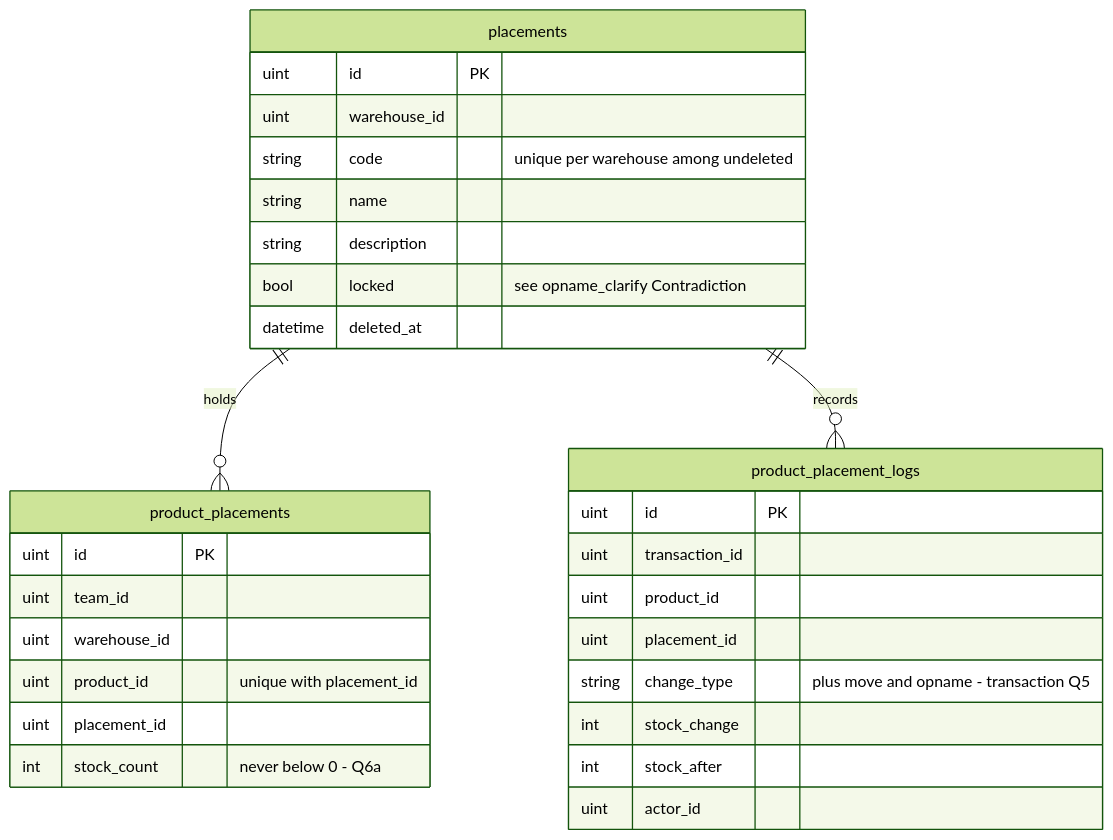
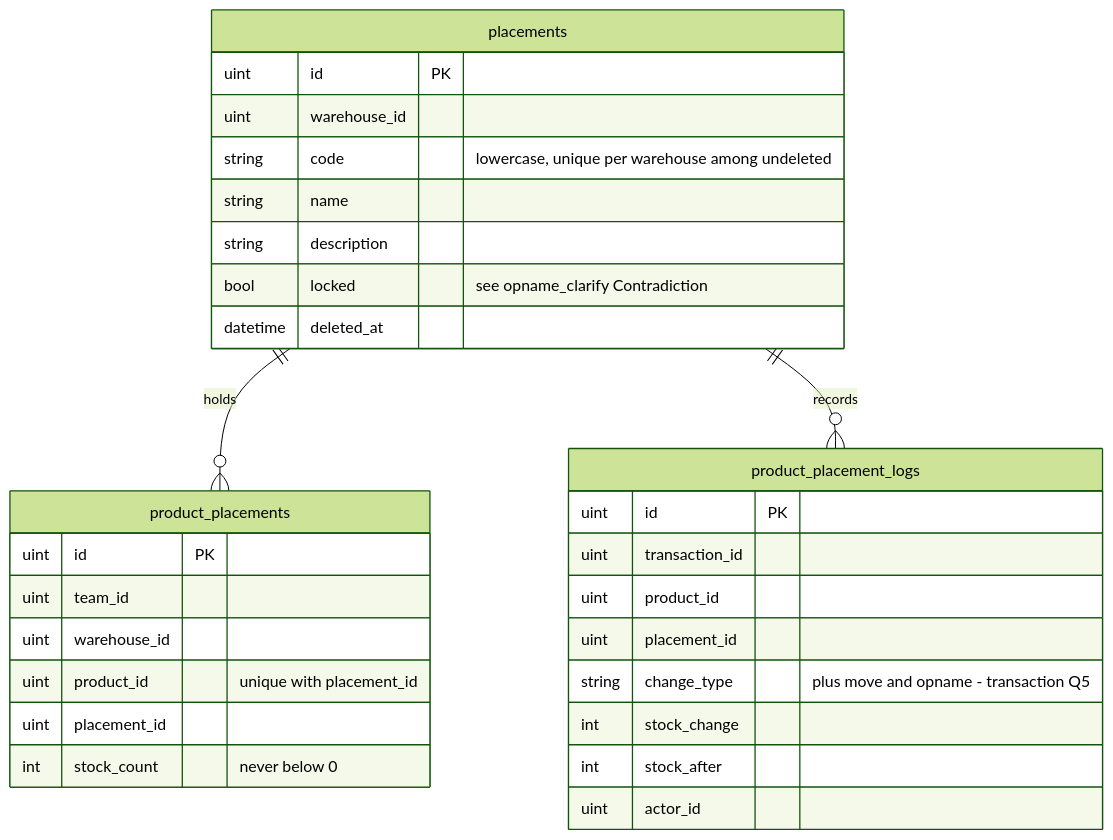
One commit to pdcgo/warehouse_revamp changed the third of 3 diagrams in docs/business/inventory/placement_clarify.md. Above: the diagram before and after it, drawn with Mermaid (forest theme). The commit also changed other lines of this file and 11 other files, not shown here.

````diff
--- a/docs/business/inventory/placement_clarify.md
+++ b/docs/business/inventory/placement_clarify.md
@@ -86,32 +93,32 @@
 ```mermaid
 erDiagram
   placements ||--o{ product_placements : holds
   placements ||--o{ product_placement_logs : records
   placements {
     uint id PK
     uint warehouse_id
-    string code "unique per warehouse among undeleted"
+    string code "lowercase, unique per warehouse among undeleted"
     string name
     string description
     bool locked "see opname_clarify Contradiction"
     datetime deleted_at
   }
   product_placements {
     uint id PK
     uint team_id
     uint warehouse_id
     uint product_id "unique with placement_id"
     uint placement_id
-    int stock_count "never below 0 - Q6a"
+    int stock_count "never below 0"
   }
   product_placement_logs {
     uint id PK
     uint transaction_id
     uint product_id
     uint placement_id
     string change_type "plus move and opname - transaction Q5"
     int stock_change
     int stock_after
     uint actor_id
   }
 ```
````
